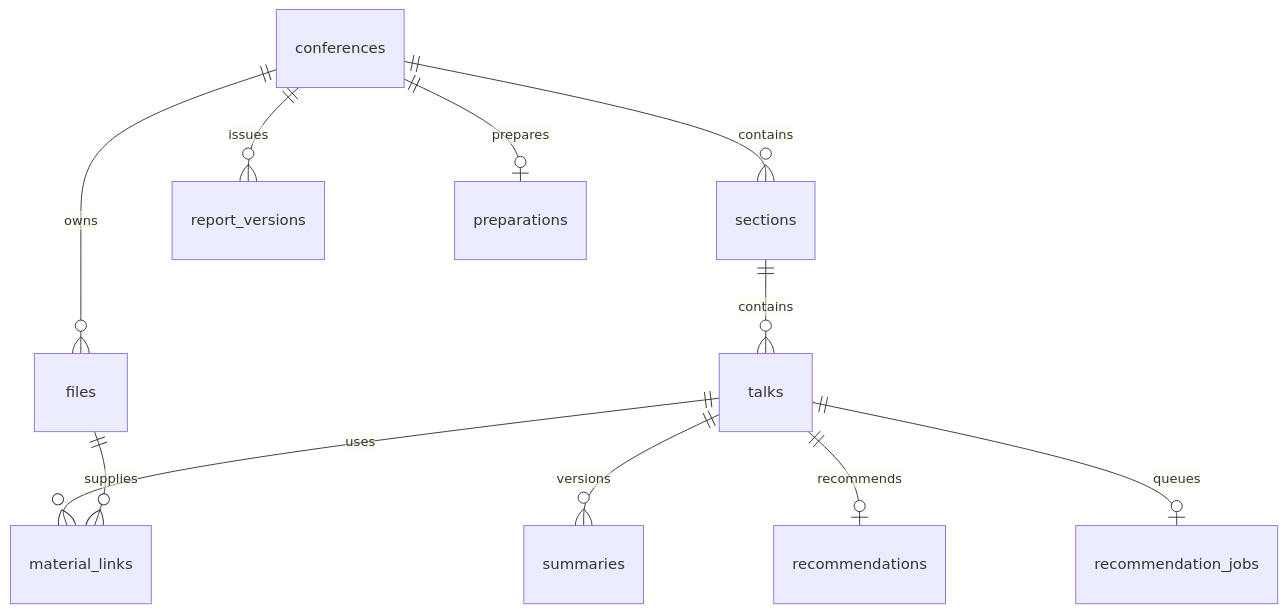
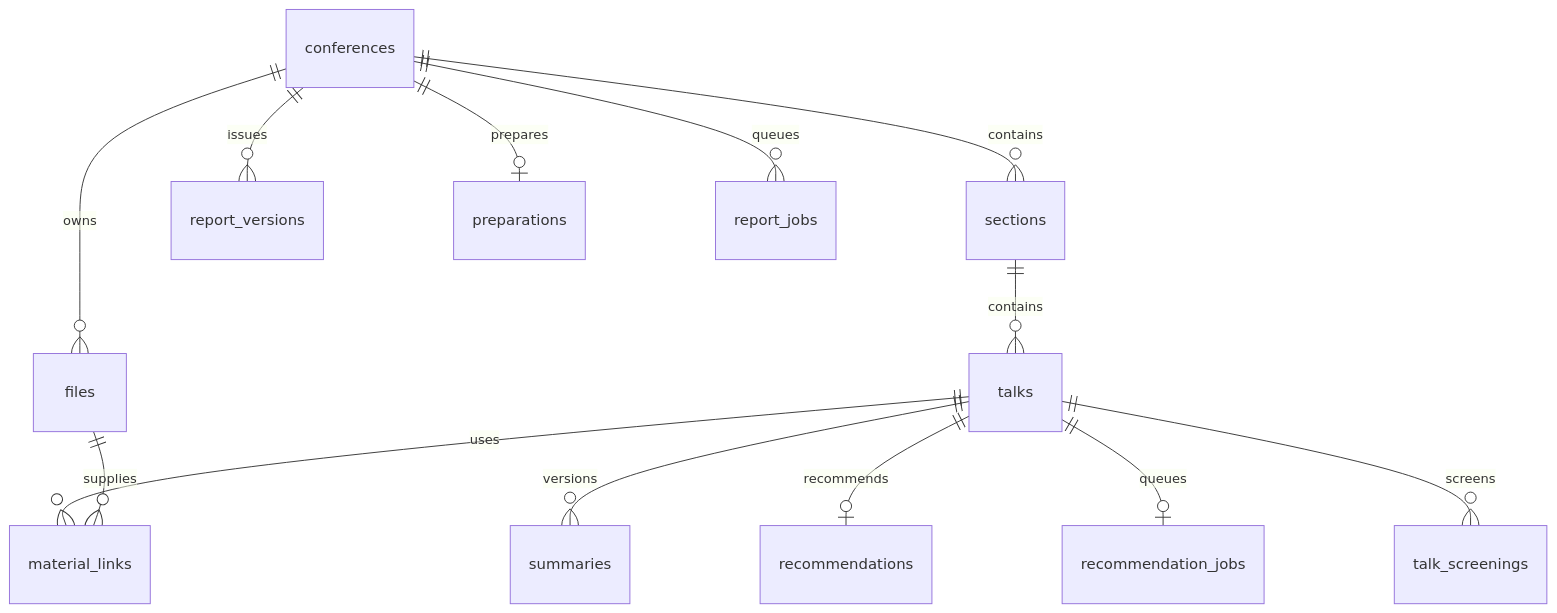
One commit to k3reew/Rapporteur_update changed the first of 2 diagrams in docs/data-model.md. Above: the diagram before and after it, drawn with Mermaid. The commit also changed other lines of this file and 15 other files, not shown here.

````diff
--- a/docs/data-model.md
+++ b/docs/data-model.md
@@ -209,13 +390,15 @@
 ```mermaid
 erDiagram
     conferences ||--o{ sections : contains
     sections ||--o{ talks : contains
     conferences ||--o{ files : owns
     talks ||--o{ material_links : uses
     files ||--o{ material_links : supplies
     talks ||--o{ summaries : versions
     conferences ||--o{ report_versions : issues
     conferences ||--o| preparations : prepares
     talks ||--o| recommendations : recommends
     talks ||--o| recommendation_jobs : queues
+    talks ||--o{ talk_screenings : screens
+    conferences ||--o{ report_jobs : queues
 ```
````
